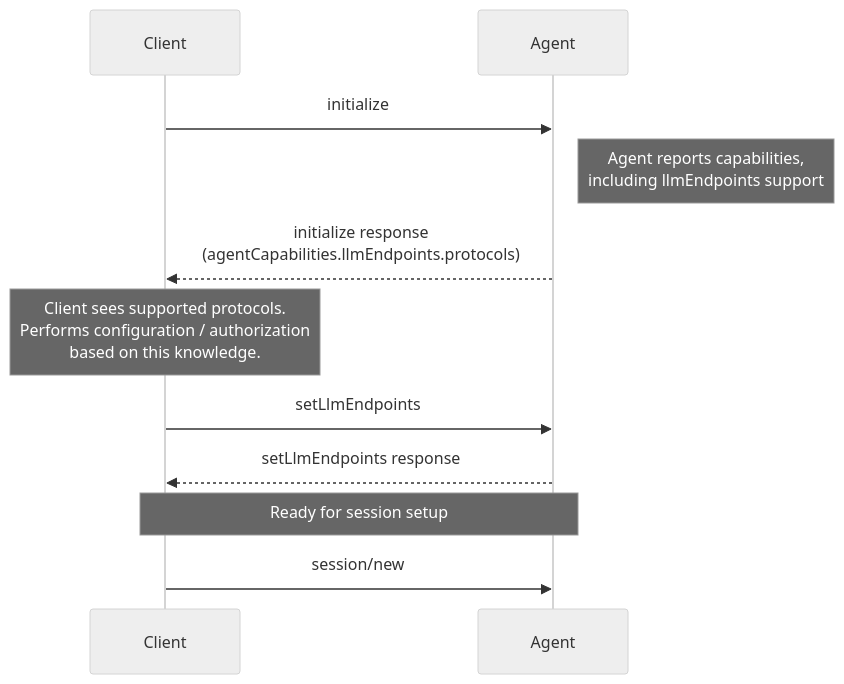
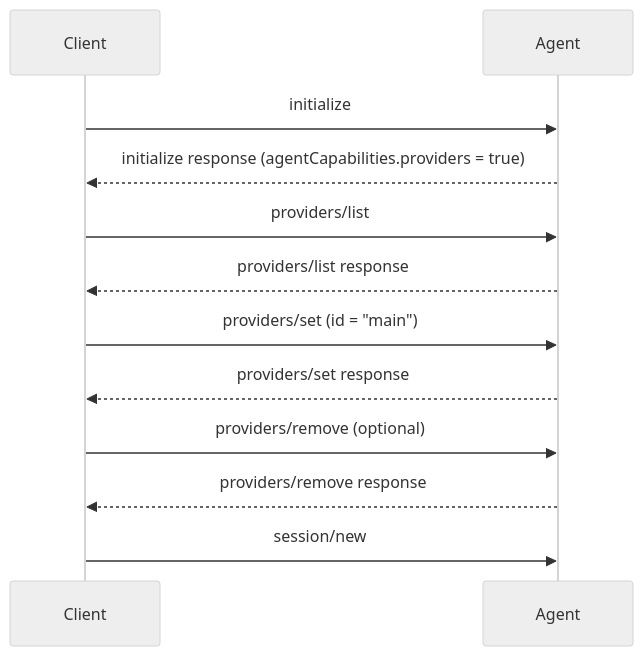
One commit to agentclientprotocol/agent-client-protocol changed the diagram in docs/rfds/custom-llm-endpoint.mdx. Above: the diagram before and after it, drawn with Mermaid (neutral theme). The commit also changed other lines of this file, not shown here.

Commit message:
docs(rfd): redesign custom LLM endpoint proposal into providers list/set/remove API

````diff
--- a/docs/rfds/custom-llm-endpoint.mdx
+++ b/docs/rfds/custom-llm-endpoint.mdx
@@ -43,17 +58,19 @@
 ```mermaid
 sequenceDiagram
     participant Client
     participant Agent
 
     Client->>Agent: initialize
-    Note right of Agent: Agent reports capabilities,<br/>including llmEndpoints support
-    Agent-->>Client: initialize response<br/>(agentCapabilities.llmEndpoints.protocols)
+    Agent-->>Client: initialize response (agentCapabilities.providers = true)
 
-    Note over Client: Client sees supported protocols.<br/>Performs configuration / authorization<br/>based on this knowledge.
+    Client->>Agent: providers/list
+    Agent-->>Client: providers/list response
 
-    Client->>Agent: setLlmEndpoints
-    Agent-->>Client: setLlmEndpoints response
+    Client->>Agent: providers/set (id = "main")
+    Agent-->>Client: providers/set response
 
-    Note over Client,Agent: Ready for session setup
+    Client->>Agent: providers/remove (optional)
+    Agent-->>Client: providers/remove response
+
     Client->>Agent: session/new
 ```
````
